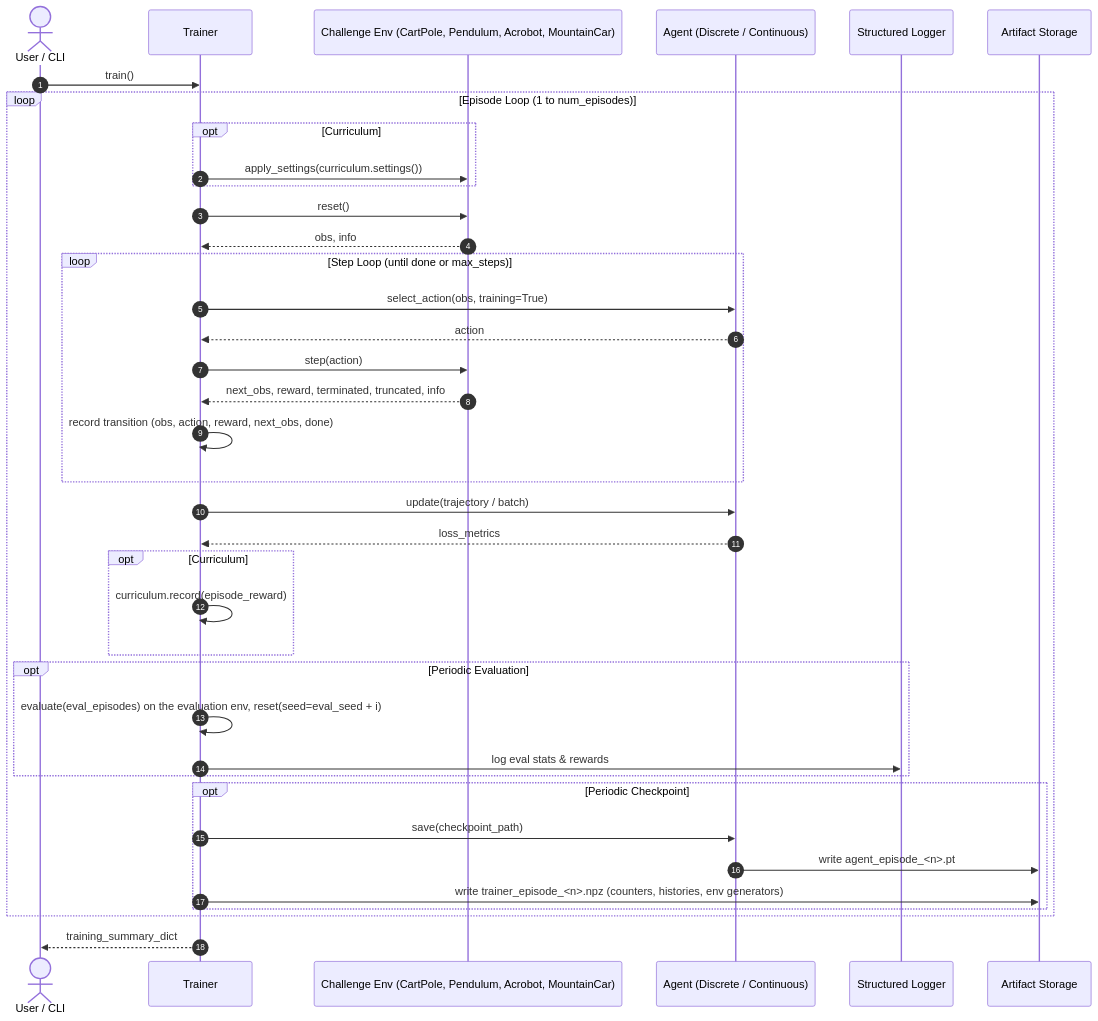
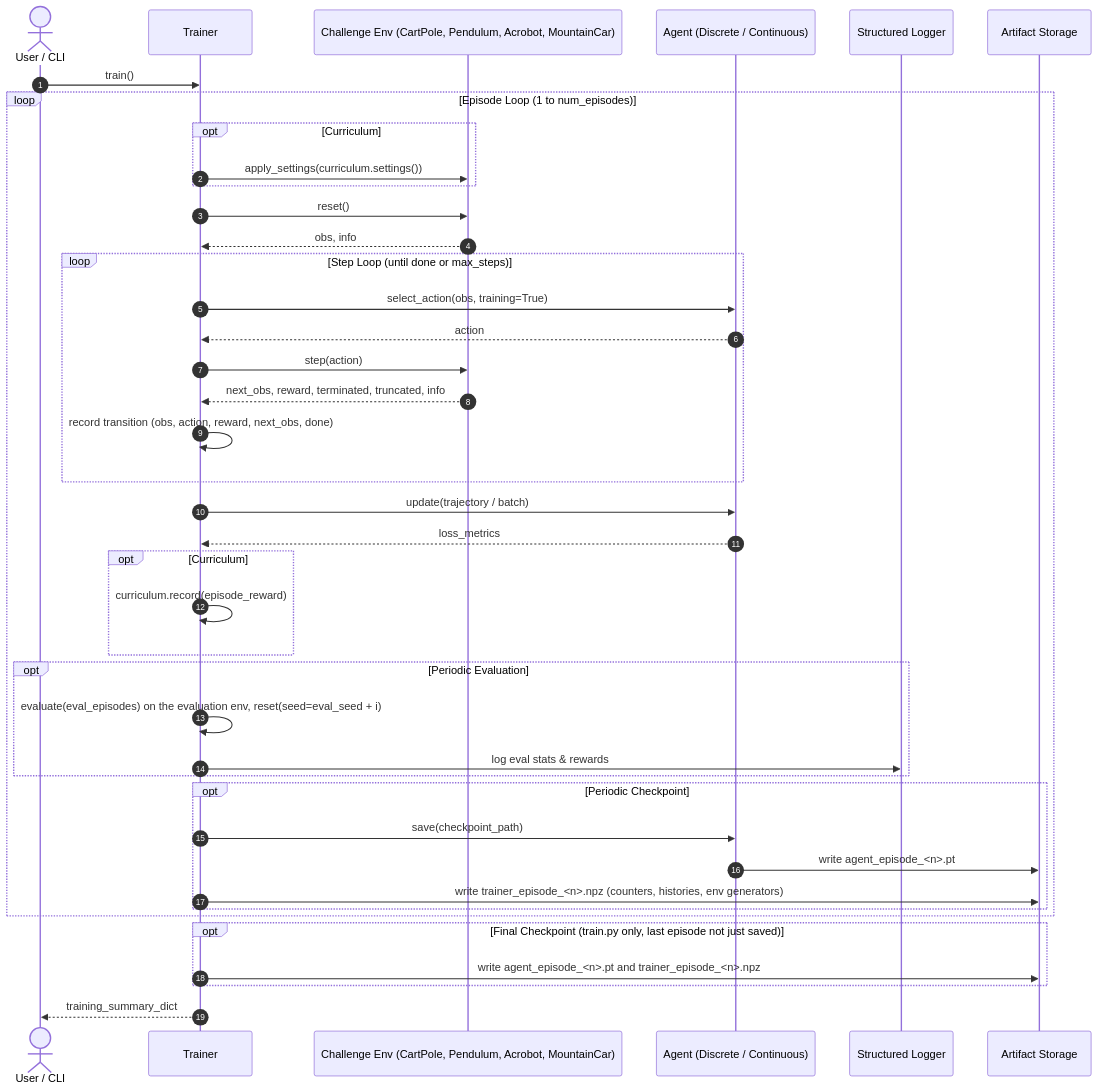
The third of 3 diagrams in ARCHITECTURE.md (andreijw/AI), drawn with Mermaid before and after one commit. The commit also changed other lines of this file and 26 other files, not shown here.

Commit message:
fix(training): save a final checkpoint at the end of train.py

````diff
--- a/ARCHITECTURE.md
+++ b/ARCHITECTURE.md
@@ -478,41 +482,44 @@
 ```mermaid
 sequenceDiagram
     autonumber
     actor User as User / CLI
     participant Trainer as Trainer
     participant Env as Challenge Env (CartPole, Pendulum, Acrobot, MountainCar)
     participant Agent as Agent (Discrete / Continuous)
     participant Logger as Structured Logger
     participant Disk as Artifact Storage
 
     User->>Trainer: train()
     loop Episode Loop (1 to num_episodes)
         opt Curriculum
             Trainer->>Env: apply_settings(curriculum.settings())
         end
         Trainer->>Env: reset()
         Env-->>Trainer: obs, info
         loop Step Loop (until done or max_steps)
             Trainer->>Agent: select_action(obs, training=True)
             Agent-->>Trainer: action
             Trainer->>Env: step(action)
             Env-->>Trainer: next_obs, reward, terminated, truncated, info
             Trainer->>Trainer: record transition (obs, action, reward, next_obs, done)
         end
         Trainer->>Agent: update(trajectory / batch)
         Agent-->>Trainer: loss_metrics
         opt Curriculum
             Trainer->>Trainer: curriculum.record(episode_reward)
         end
         opt Periodic Evaluation
             Trainer->>Trainer: evaluate(eval_episodes) on the evaluation env, reset(seed=eval_seed + i)
             Trainer->>Logger: log eval stats & rewards
         end
         opt Periodic Checkpoint
             Trainer->>Agent: save(checkpoint_path)
             Agent->>Disk: write agent_episode_<n>.pt
             Trainer->>Disk: write trainer_episode_<n>.npz (counters, histories, env generators)
         end
     end
+    opt Final Checkpoint (train.py only, last episode not just saved)
+        Trainer->>Disk: write agent_episode_<n>.pt and trainer_episode_<n>.npz
+    end
     Trainer-->>User: training_summary_dict
 ```
````
